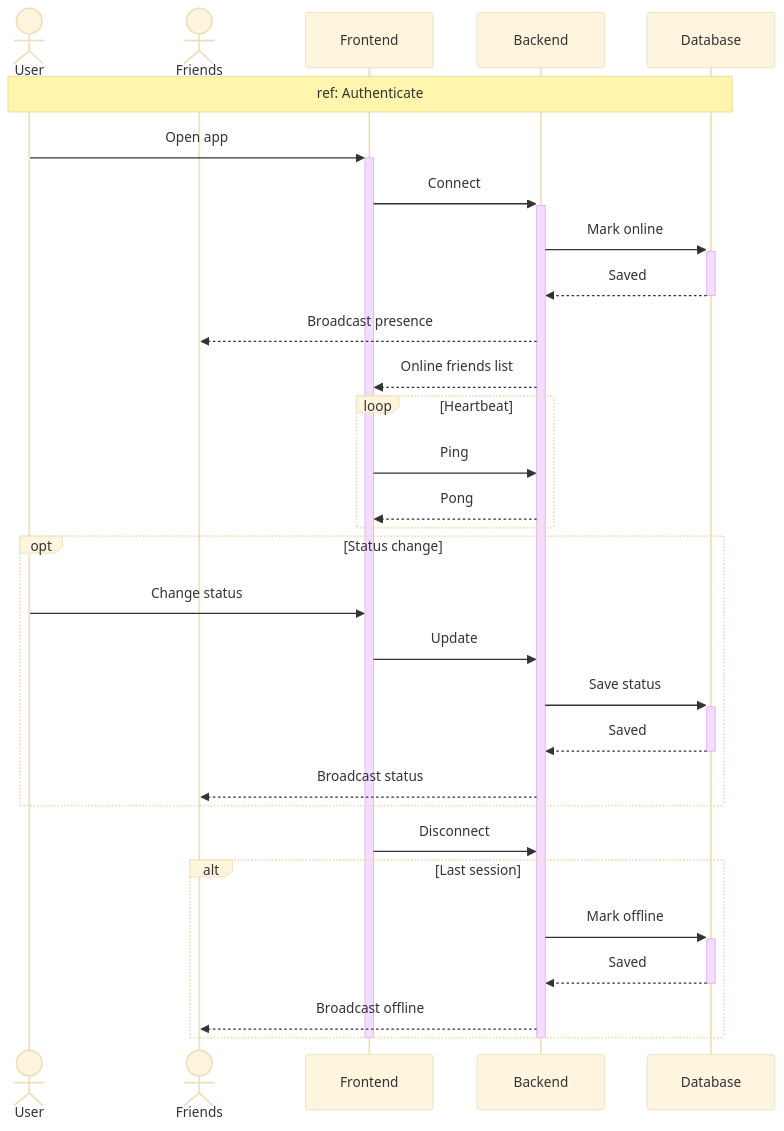
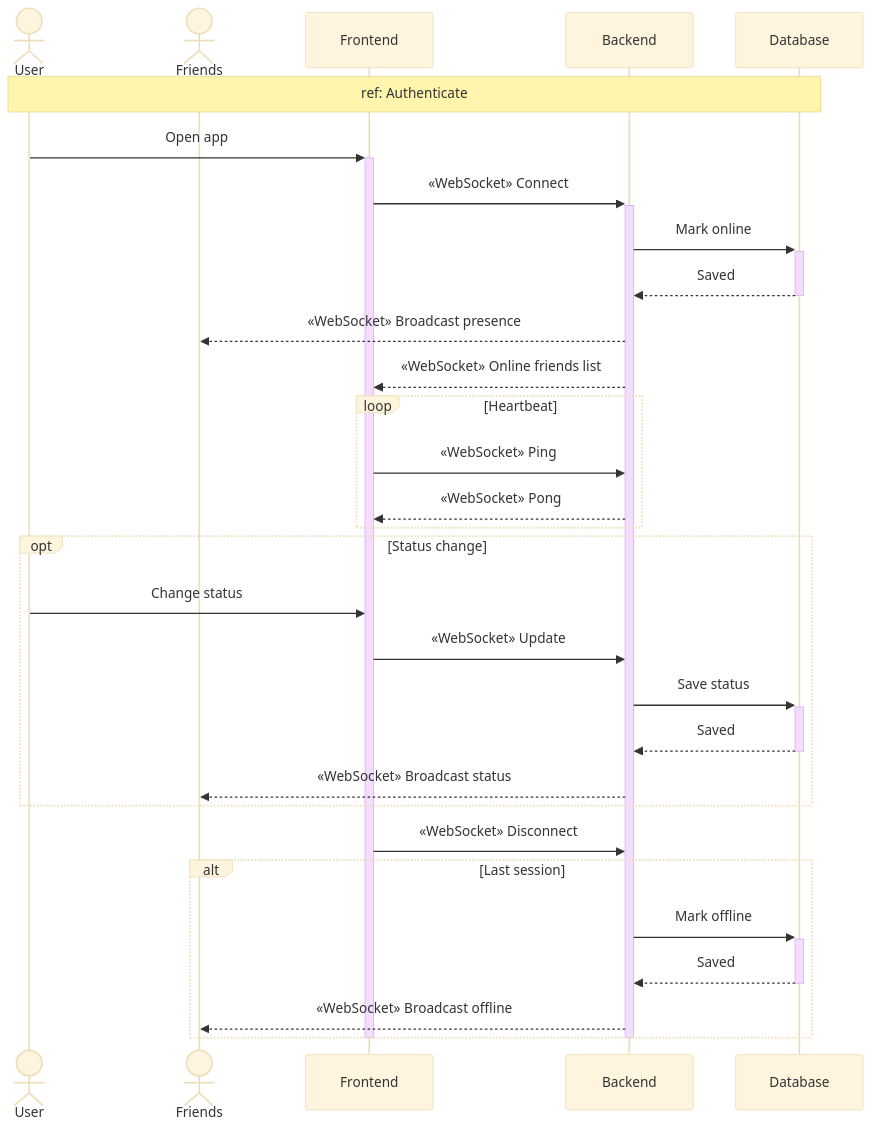
One commit to MohamedChebbi123/teamnest changed diagram 16 of 16 in docs/SEQUENCE_DIAGRAMS.md. Above: the diagram before and after it, drawn with Mermaid (base theme). The commit also changed other lines of this file, not shown here.

````diff
--- a/docs/SEQUENCE_DIAGRAMS.md
+++ b/docs/SEQUENCE_DIAGRAMS.md
@@ -546,39 +546,39 @@
 ```mermaid
 sequenceDiagram
     actor User
     actor Friends
     participant FE as Frontend
     participant API as Backend
     participant DB as Database
 
     Note over User,DB: ref: Authenticate
 
     User->>+FE: Open app
-    FE->>+API: Connect
+    FE->>+API: «WebSocket» Connect
     API->>+DB: Mark online
     DB-->>-API: Saved
-    API-->>Friends: Broadcast presence
-    API-->>FE: Online friends list
+    API-->>Friends: «WebSocket» Broadcast presence
+    API-->>FE: «WebSocket» Online friends list
 
     loop Heartbeat
-        FE->>API: Ping
-        API-->>FE: Pong
+        FE->>API: «WebSocket» Ping
+        API-->>FE: «WebSocket» Pong
     end
 
     opt Status change
         User->>FE: Change status
-        FE->>API: Update
+        FE->>API: «WebSocket» Update
         API->>+DB: Save status
         DB-->>-API: Saved
-        API-->>Friends: Broadcast status
+        API-->>Friends: «WebSocket» Broadcast status
     end
 
-    FE->>API: Disconnect
+    FE->>API: «WebSocket» Disconnect
     alt Last session
         API->>+DB: Mark offline
         DB-->>-API: Saved
-        API-->>Friends: Broadcast offline
+        API-->>Friends: «WebSocket» Broadcast offline
     end
     deactivate API
     deactivate FE
 ```
````
